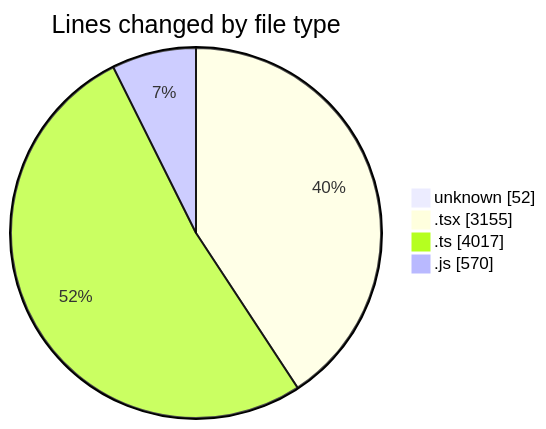
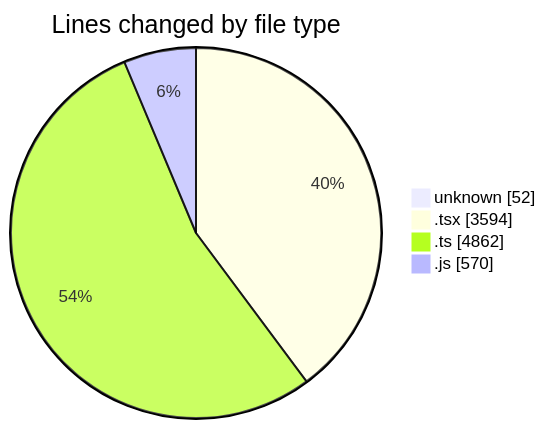
Before and after one commit to CELIANVF/code-tracking: the first of 2 diagrams in 2025-06-02/ecodeli-1/README.md, drawn with Mermaid. The commit also changed other lines of this file and 1 other file, not shown here.

````diff
--- a/2025-06-02/ecodeli-1/README.md
+++ b/2025-06-02/ecodeli-1/README.md
@@ -59,8 +62,8 @@
 ```mermaid
 pie showData
 title Lines changed by file type
 "unknown" : 52
-".tsx" : 3155
-".ts" : 4017
+".tsx" : 3594
+".ts" : 4862
 ".js" : 570
 ```
````
